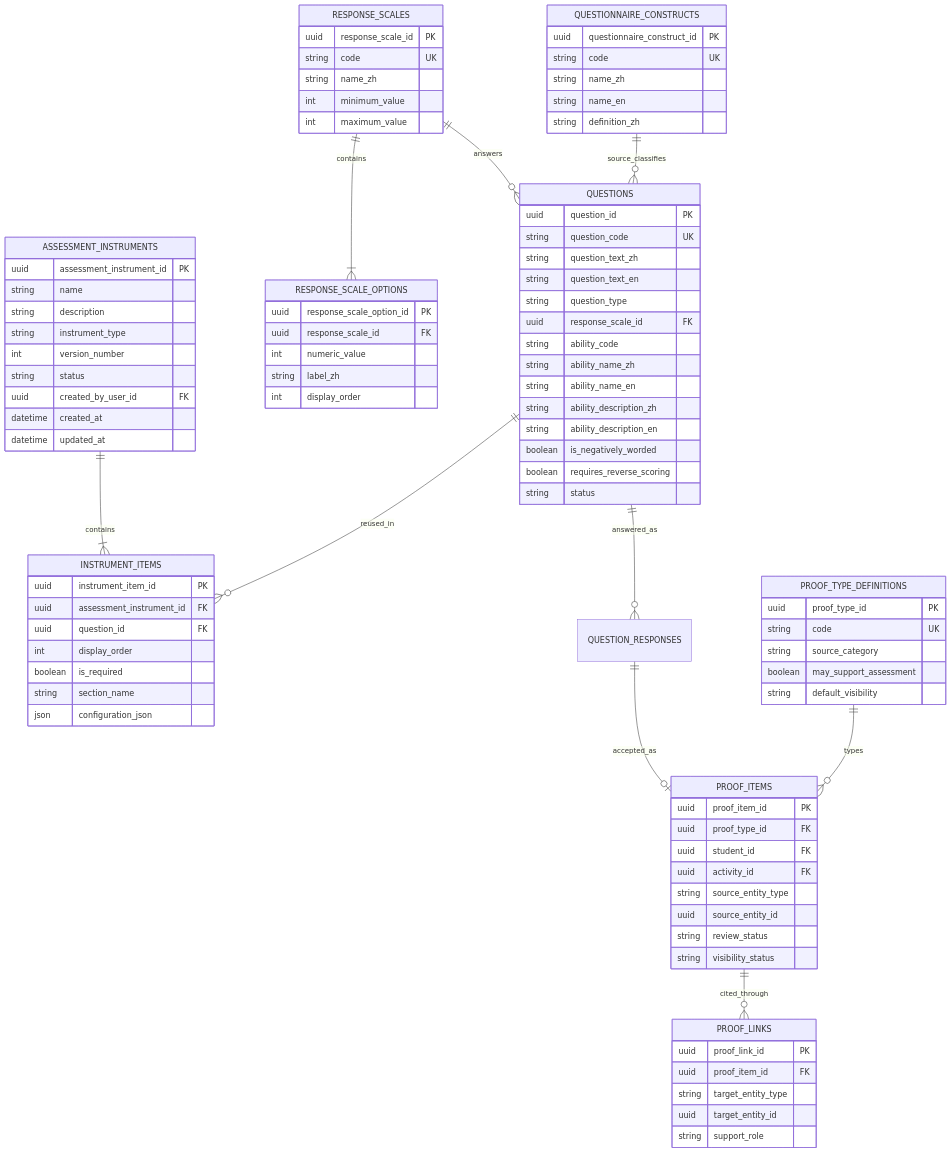
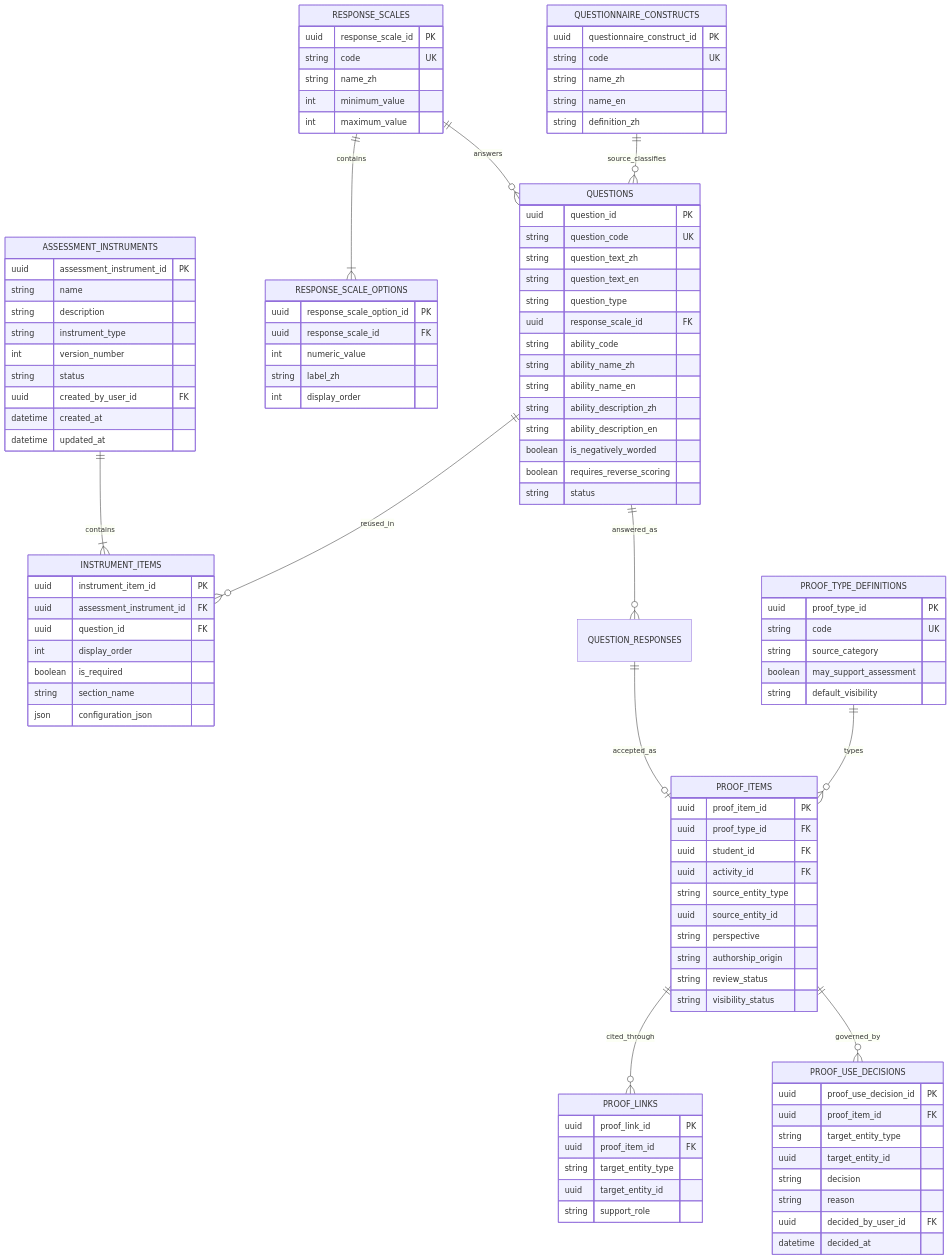
Diagram 17 of 23 in output/English/Core data relationships.md (heison-octopus/testing-port), drawn with Mermaid before and after one commit. The commit also changed other lines of this file and 79 other files, not shown here.

````diff
--- a/output/English/Core data relationships.md
+++ b/output/English/Core data relationships.md
@@ -913,6 +1021,7 @@
     PROOF_TYPE_DEFINITIONS ||--o{ PROOF_ITEMS : types
     QUESTION_RESPONSES ||--o| PROOF_ITEMS : accepted_as
     PROOF_ITEMS ||--o{ PROOF_LINKS : cited_through
+    PROOF_ITEMS ||--o{ PROOF_USE_DECISIONS : governed_by
 
     ASSESSMENT_INSTRUMENTS {
         uuid assessment_instrument_id PK
@@ -992,6 +1101,8 @@
         uuid activity_id FK
         string source_entity_type
         uuid source_entity_id
+        string perspective
+        string authorship_origin
         string review_status
         string visibility_status
     }
@@ -1003,4 +1114,15 @@
         uuid target_entity_id
         string support_role
     }
+
+    PROOF_USE_DECISIONS {
+        uuid proof_use_decision_id PK
+        uuid proof_item_id FK
+        string target_entity_type
+        uuid target_entity_id
+        string decision
+        string reason
+        uuid decided_by_user_id FK
+        datetime decided_at
+    }
 ```
````
